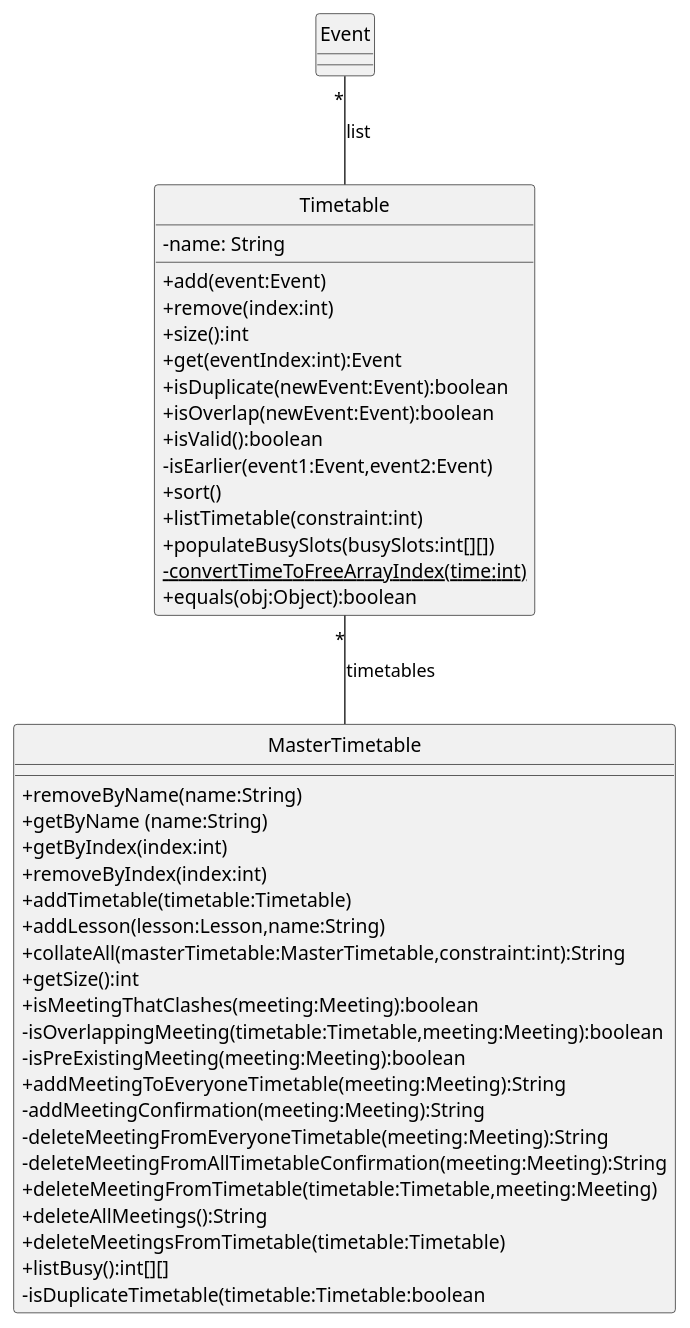
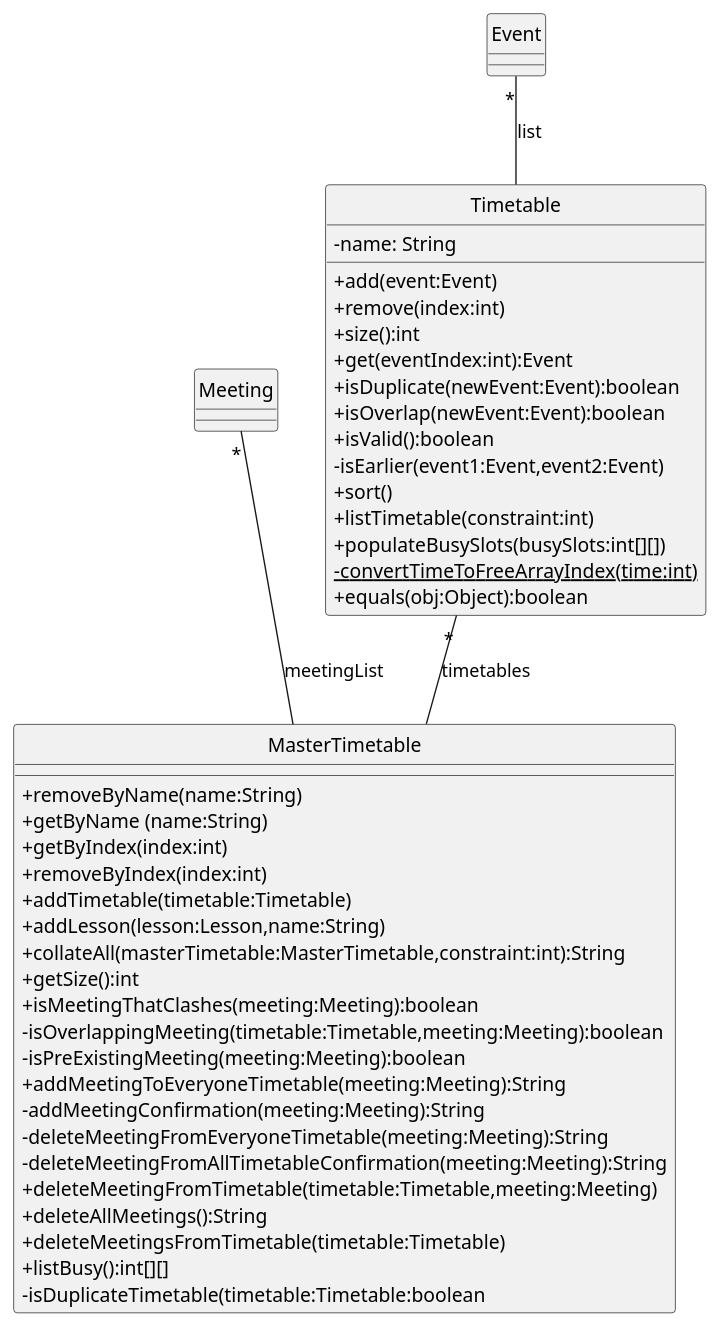
The diagram in docs/diagrams/TimetableClassDiagram.puml (nus-cs2113-AY2122S2/tp), drawn with PlantUML before and after one commit. The commit also changed 1 other file, not shown here.

Commit message:
Change naming of clearcommand edit timetable class diagram to include meeting list

```diff
--- a/docs/diagrams/TimetableClassDiagram.puml
+++ b/docs/diagrams/TimetableClassDiagram.puml
@@ -1,51 +1,56 @@
 @startuml
 hide circle
 skinparam classAttributeIconSize 0
 
 class Timetable {
     -name: String
     +add(event:Event)
     +remove(index:int)
     +size():int
     +get(eventIndex:int):Event
     +isDuplicate(newEvent:Event):boolean
     +isOverlap(newEvent:Event):boolean
     +isValid():boolean
     -isEarlier(event1:Event,event2:Event)
     +sort()
     +listTimetable(constraint:int)
     +populateBusySlots(busySlots:int[][])
     -{static}convertTimeToFreeArrayIndex(time:int)
     +equals(obj:Object):boolean
 }
 
 class MasterTimetable {
     +removeByName(name:String)
     +getByName (name:String)
     +getByIndex(index:int)
     +removeByIndex(index:int)
     +addTimetable(timetable:Timetable)
     +addLesson(lesson:Lesson,name:String)
     +collateAll(masterTimetable:MasterTimetable,constraint:int):String
     +getSize():int
     +isMeetingThatClashes(meeting:Meeting):boolean
     -isOverlappingMeeting(timetable:Timetable,meeting:Meeting):boolean
     -isPreExistingMeeting(meeting:Meeting):boolean
     +addMeetingToEveryoneTimetable(meeting:Meeting):String
     -addMeetingConfirmation(meeting:Meeting):String
     -deleteMeetingFromEveryoneTimetable(meeting:Meeting):String
     -deleteMeetingFromAllTimetableConfirmation(meeting:Meeting):String
     +deleteMeetingFromTimetable(timetable:Timetable,meeting:Meeting)
     +deleteAllMeetings():String
     +deleteMeetingsFromTimetable(timetable:Timetable)
     +listBusy():int[][]
     -isDuplicateTimetable(timetable:Timetable:boolean
 }
 
 class Event {
 
 }
 
+class Meeting {
+}
+
+
 "Timetable" -u- "*" "Event" : list
 "MasterTimetable" -u- "*" "Timetable" : timetables
+"MasterTimetable" -u- "*" "Meeting" : meetingList
 @enduml
```
